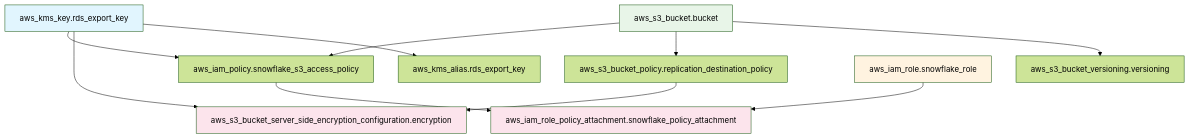
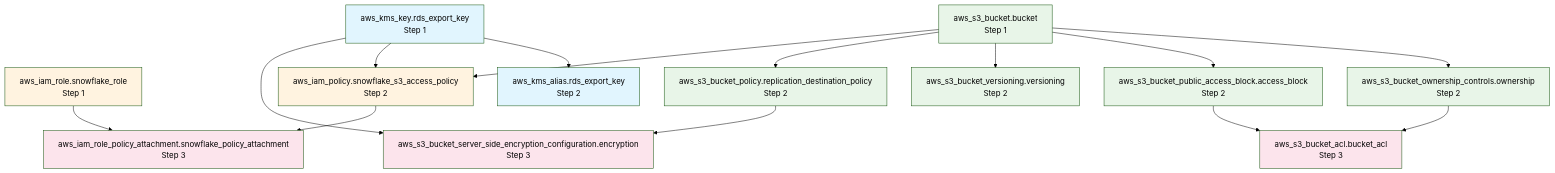
The diagram in modules/snowflake-s3-bucket/README.md (Sage-Bionetworks-Workflows/eks-stack), drawn with Mermaid (forest theme) before and after one commit. The commit also changed other lines of this file, not shown here.

Commit message:
updated dependency diagram and resource execution steps

````diff
--- a/modules/snowflake-s3-bucket/README.md
+++ b/modules/snowflake-s3-bucket/README.md
@@ -8,21 +8,40 @@
 ```mermaid
 graph TD
-    A[aws_kms_key.rds_export_key] --> B[aws_kms_alias.rds_export_key]
-    A --> F[aws_s3_bucket_server_side_encryption_configuration.encryption]
+    %% Step 1 - Independent resources
+    A[aws_kms_key.rds_export_key<br/>Step 1] 
+    C[aws_s3_bucket.bucket<br/>Step 1]
+    H[aws_iam_role.snowflake_role<br/>Step 1]
     
-    C[aws_s3_bucket.bucket] --> D[aws_s3_bucket_versioning.versioning]
-    C --> E[aws_s3_bucket_policy.replication_destination_policy]
-    C --> G[aws_iam_policy.snowflake_s3_access_policy]
+    %% Step 2 - Resources dependent on Step 1
+    A --> B[aws_kms_alias.rds_export_key<br/>Step 2]
+    C --> D[aws_s3_bucket_ownership_controls.ownership<br/>Step 2]
+    C --> E[aws_s3_bucket_public_access_block.access_block<br/>Step 2]
+    C --> J[aws_s3_bucket_versioning.versioning<br/>Step 2]
+    C --> K[aws_s3_bucket_policy.replication_destination_policy<br/>Step 2]
+    A --> G[aws_iam_policy.snowflake_s3_access_policy<br/>Step 2]
+    C --> G
     
+    %% Step 3 - Resources dependent on Step 2
+    D --> F[aws_s3_bucket_acl.bucket_acl<br/>Step 3]
     E --> F
-    A --> G
+    K --> L[aws_s3_bucket_server_side_encryption_configuration.encryption<br/>Step 3]
+    A --> L
+    G --> I[aws_iam_role_policy_attachment.snowflake_policy_attachment<br/>Step 3]
+    H --> I
     
-    H[aws_iam_role.snowflake_role] --> I[aws_iam_role_policy_attachment.snowflake_policy_attachment]
-    G --> I
-    
+    %% Styling by step
     style A fill:#e1f5fe
     style C fill:#e8f5e8
     style H fill:#fff3e0
+    
+    style B fill:#e1f5fe
+    style D fill:#e8f5e8
+    style E fill:#e8f5e8
+    style J fill:#e8f5e8
+    style K fill:#e8f5e8
+    style G fill:#fff3e0
+    
     style F fill:#fce4ec
+    style L fill:#fce4ec
     style I fill:#fce4ec
 ```
````
